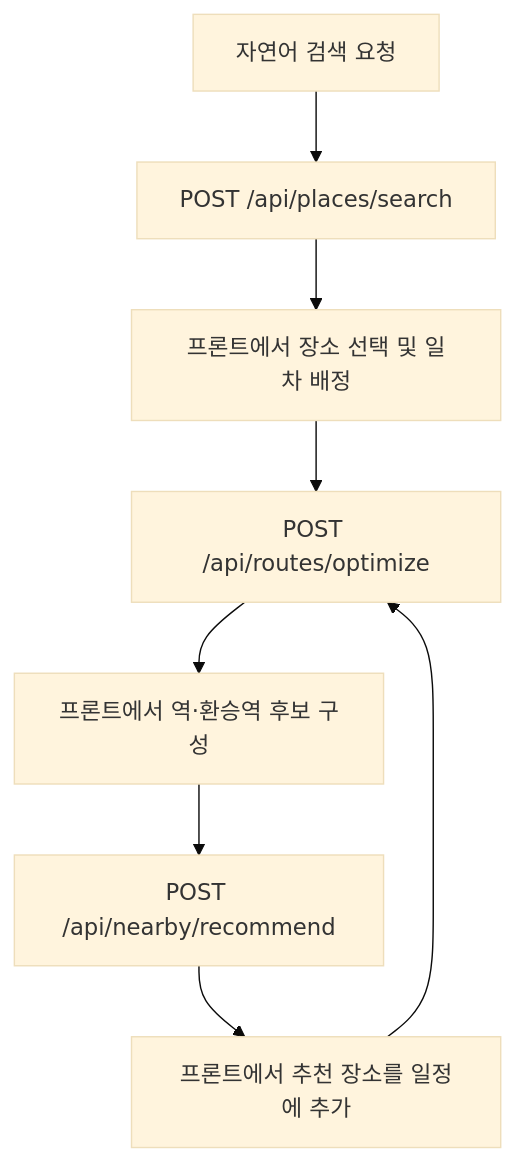
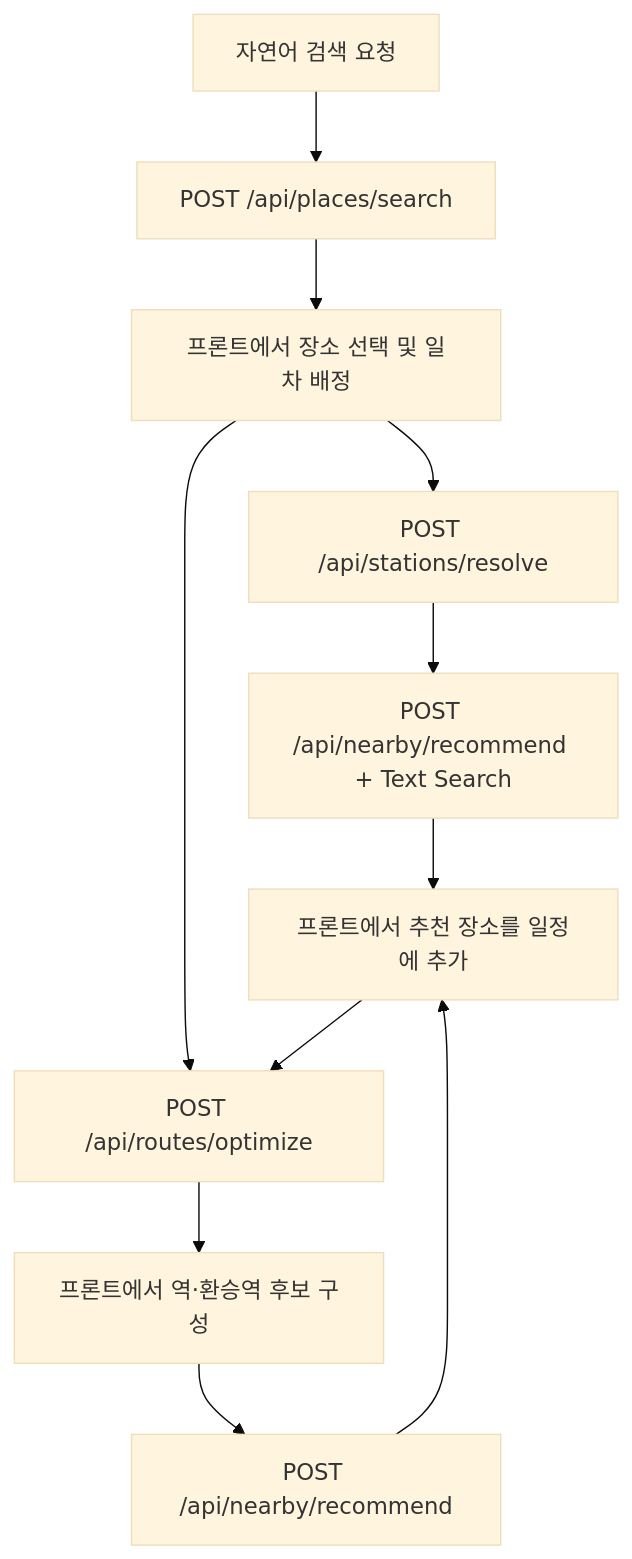
One commit to KimTaeYun02/JPass-Opt changed the diagram in backend/docs/README.md. Above: the diagram before and after it, drawn with Mermaid (base theme). The commit also changed other lines of this file and 26 other files, not shown here.

````diff
--- a/backend/docs/README.md
+++ b/backend/docs/README.md
@@ -54,10 +55,13 @@
 ```mermaid
 flowchart TD
     A[자연어 검색 요청] --> B[POST /api/places/search]
     B --> C[프론트에서 장소 선택 및 일차 배정]
+    C --> H[POST /api/stations/resolve]
+    H --> I[POST /api/nearby/recommend + Text Search]
+    I --> G
     C --> D[POST /api/routes/optimize]
     D --> E[프론트에서 역·환승역 후보 구성]
     E --> F[POST /api/nearby/recommend]
     F --> G[프론트에서 추천 장소를 일정에 추가]
     G --> D
 ```
````
